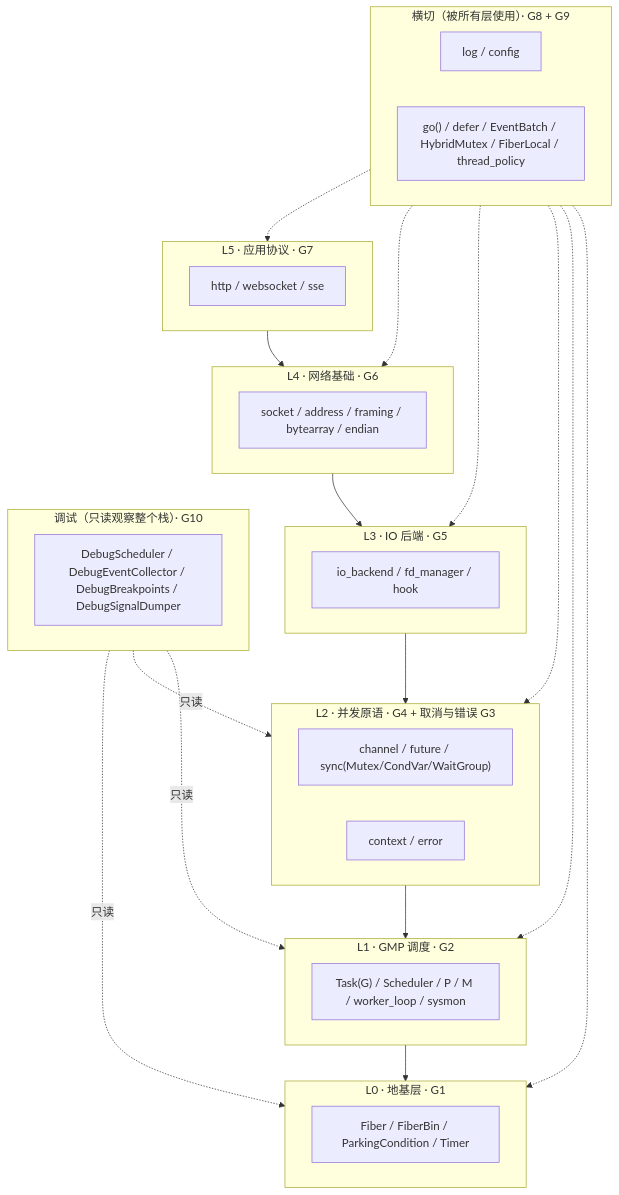
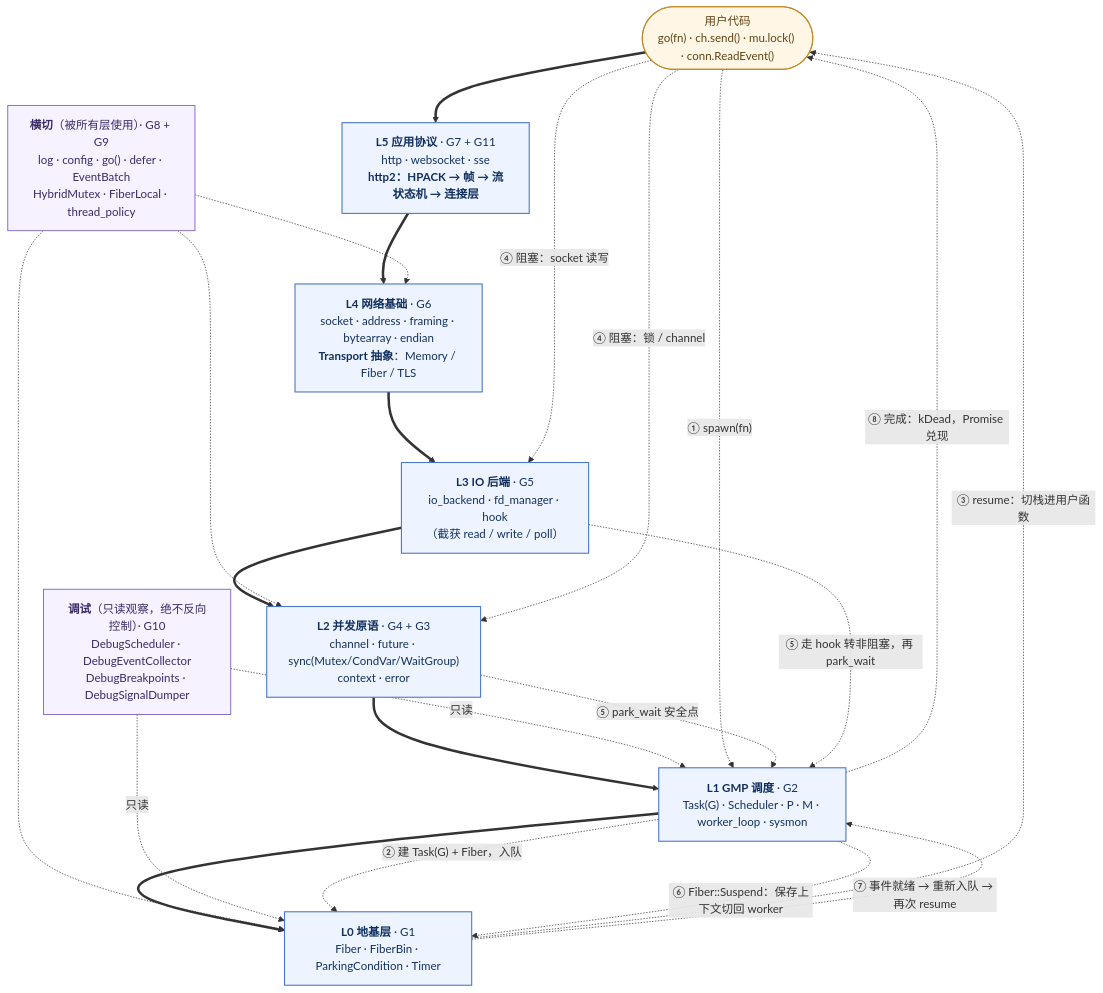
The diagram in ArchitectureDiagram/diagrams/G0-overview.md (mdymdy666/Go2cpp), drawn with Mermaid before and after one commit. The commit also changed other lines of this file and 16 other files, not shown here.

First line of the commit message:
docs: 架构图重做（G0 收拢为单图 + 新增 G11 HTTP/2）+ DEV-PROGRESS/network.md 更新

````diff
--- a/ArchitectureDiagram/diagrams/G0-overview.md
+++ b/ArchitectureDiagram/diagrams/G0-overview.md
@@ -8,44 +12,46 @@
 ```mermaid
-graph TB
-    subgraph L5["L5 · 应用协议  ·  G7"]
-        P1["http / websocket / sse"]
-    end
-    subgraph L4["L4 · 网络基础  ·  G6"]
-        N1["socket / address / framing / bytearray / endian"]
-    end
-    subgraph L3["L3 · IO 后端  ·  G5"]
-        I1["io_backend / fd_manager / hook"]
-    end
-    subgraph L2["L2 · 并发原语  ·  G4 + 取消与错误 G3"]
-        C1["channel / future / sync(Mutex/CondVar/WaitGroup)"]
-        C2["context / error"]
-    end
-    subgraph L1["L1 · GMP 调度  ·  G2"]
-        S1["Task(G) / Scheduler / P / M / worker_loop / sysmon"]
-    end
-    subgraph L0["L0 · 地基层  ·  G1"]
-        F1["Fiber / FiberBin / ParkingCondition / Timer"]
-    end
-    subgraph LX["横切（被所有层使用）· G8 + G9"]
-        X1["log / config"]
-        X2["go() / defer / EventBatch / HybridMutex / FiberLocal / thread_policy"]
-    end
-    subgraph LD["调试（只读观察整个栈）· G10"]
-        D1["DebugScheduler / DebugEventCollector / DebugBreakpoints / DebugSignalDumper"]
-    end
+flowchart TB
+    U(["用户代码<br/>go(fn) · ch.send() · mu.lock() · conn.ReadEvent()"])
 
-    L5 --> L4
-    L4 --> L3
-    L3 --> L2
-    L2 --> L1
-    L1 --> L0
+    L5["<b>L5 应用协议</b> · G7 + G11<br/>http · websocket · sse<br/><b>http2：HPACK → 帧 → 流状态机 → 连接层</b>"]
+    L4["<b>L4 网络基础</b> · G6<br/>socket · address · framing · bytearray · endian<br/><b>Transport 抽象</b>：Memory / Fiber / TLS"]
+    L3["<b>L3 IO 后端</b> · G5<br/>io_backend · fd_manager · hook<br/>（截获 read / write / poll）"]
+    L2["<b>L2 并发原语</b> · G4 + G3<br/>channel · future · sync(Mutex/CondVar/WaitGroup)<br/>context · error"]
+    L1["<b>L1 GMP 调度</b> · G2<br/>Task(G) · Scheduler · P · M · worker_loop · sysmon"]
+    L0["<b>L0 地基层</b> · G1<br/>Fiber · FiberBin · ParkingCondition · Timer"]
+
+    LX["<b>横切</b>（被所有层使用）· G8 + G9<br/>log · config · go() · defer · EventBatch<br/>HybridMutex · FiberLocal · thread_policy"]
+    LD["<b>调试</b>（只读观察，绝不反向控制）· G10<br/>DebugScheduler · DebugEventCollector<br/>DebugBreakpoints · DebugSignalDumper"]
+
+    L5 ==> L4
+    L4 ==> L3
+    L3 ==> L2
+    L2 ==> L1
+    L1 ==> L0
+    U ==> L5
+
     LX -.-> L0
-    LX -.-> L1
     LX -.-> L2
-    LX -.-> L3
     LX -.-> L4
-    LX -.-> L5
+
     LD -. 只读 .-> L1
-    LD -. 只读 .-> L2
     LD -. 只读 .-> L0
+
+    U -. "① spawn(fn)" .-> L1
+    L1 -. "② 建 Task(G) + Fiber，入队" .-> L0
+    L0 -. "③ resume：切栈进用户函数" .-> U
+    U -. "④ 阻塞：锁 / channel" .-> L2
+    U -. "④ 阻塞：socket 读写" .-> L3
+    L2 -. "⑤ park_wait 安全点" .-> L1
+    L3 -. "⑤ 走 hook 转非阻塞，再 park_wait" .-> L1
+    L1 -. "⑥ Fiber::Suspend：保存上下文切回 worker" .-> L0
+    L0 -. "⑦ 事件就绪 → 重新入队 → 再次 resume" .-> L1
+    L1 -. "⑧ 完成：kDead，Promise 兑现" .-> U
+
+    classDef layer fill:#eef4ff,stroke:#4a76c4,stroke-width:1.5px,color:#12305e
+    classDef side fill:#f6f2ff,stroke:#7a5cc4,stroke-width:1.2px,color:#3a2a66
+    classDef user fill:#fff6e6,stroke:#c48a2a,stroke-width:1.5px,color:#5e4412
+    class L0,L1,L2,L3,L4,L5 layer
+    class LX,LD side
+    class U user
 ```
````
